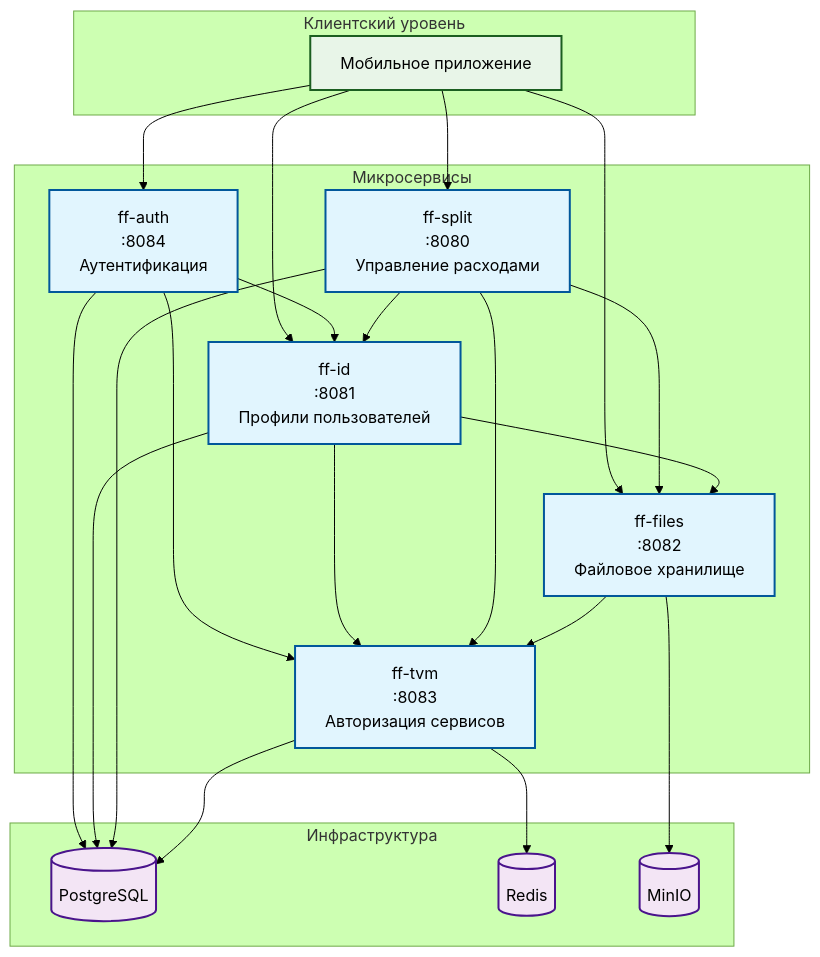
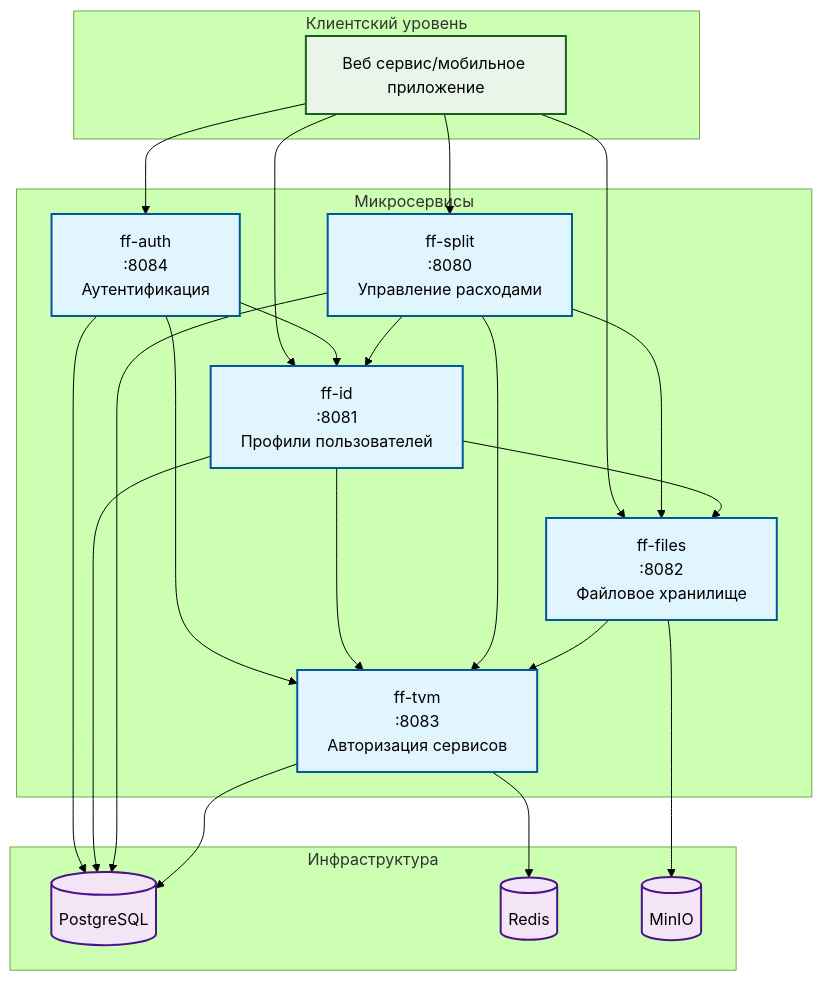
Before and after one commit to ivasnev/FinFlow: the first of 8 diagrams in docs/ServiceDiagrams.md, drawn with Mermaid (forest theme). The commit also changed 1 other file, not shown here.

Commit message:
Обновил диаграмы

````diff
--- a/docs/ServiceDiagrams.md
+++ b/docs/ServiceDiagrams.md
@@ -5,57 +5,57 @@
 ```mermaid
 graph TB
     subgraph "Клиентский уровень"
-        MobileApp[Мобильное приложение]
+        MobileApp[Веб сервис/мобильное приложение]
     end
 
     subgraph "Инфраструктура"
         PG[(PostgreSQL)]
         Redis[(Redis)]
         MinIO[(MinIO)]
     end
 
     subgraph "Микросервисы"
         Auth[ff-auth<br/>:8084<br/>Аутентификация]
         ID[ff-id<br/>:8081<br/>Профили пользователей]
         Split[ff-split<br/>:8080<br/>Управление расходами]
         Files[ff-files<br/>:8082<br/>Файловое хранилище]
         TVM[ff-tvm<br/>:8083<br/>Авторизация сервисов]
     end
 
     %% Взаимодействие клиента с сервисами
     MobileApp --> Auth
     MobileApp --> ID
     MobileApp --> Split
     MobileApp --> Files
 
     %% Межсервисное взаимодействие
     Auth --> ID
     Split --> ID
     Split --> Files
     ID --> Files
 
     %% TVM авторизация
     Auth --> TVM
     ID --> TVM
     Split --> TVM
     Files --> TVM
 
     %% Подключения к БД
     Auth --> PG
     ID --> PG
     Split --> PG
     TVM --> PG
     TVM --> Redis
 
     %% Файловое хранилище
     Files --> MinIO
 
     %% Стили
     classDef service fill:#e1f5fe,stroke:#01579b,stroke-width:2px
     classDef database fill:#f3e5f5,stroke:#4a148c,stroke-width:2px
     classDef client fill:#e8f5e8,stroke:#1b5e20,stroke-width:2px
 
     class Auth,ID,Split,Files,TVM service
     class PG,Redis,MinIO database
     class MobileApp client
 ```
````
